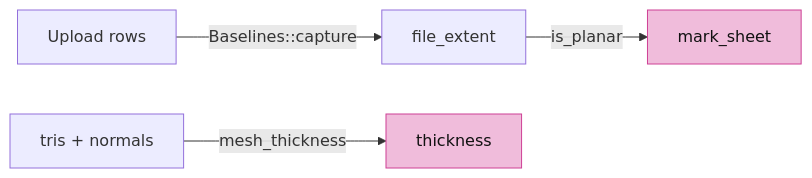
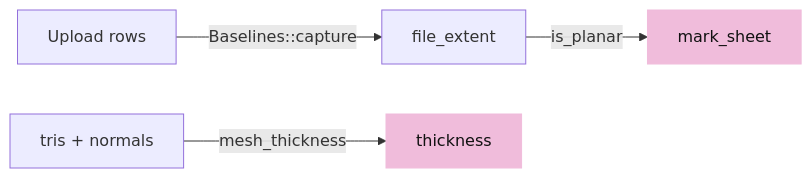
One commit to petrasvestartas/session changed the fifth of 14 diagrams in session_viewer/docs/06-cad-contract.md. Above: the diagram before and after it, drawn with Mermaid. The commit also changed other lines of this file and 324 other files, not shown here.

````diff
--- a/session_viewer/docs/06-cad-contract.md
+++ b/session_viewer/docs/06-cad-contract.md
@@ -97,8 +105,8 @@
 ```mermaid
 flowchart LR
     U["Upload rows"] -- "Baselines::capture" --> B["file_extent"]
     B -- "is_planar" --> S["mark_sheet"]
     T["tris + normals"] -- "mesh_thickness" --> K["thickness"]
-    style S fill:#f0bcdb,stroke:#ce4095,color:#111
-    style K fill:#f0bcdb,stroke:#ce4095,color:#111
+    style S fill:#f0bcdb,stroke:#f0bcdb,color:#111
+    style K fill:#f0bcdb,stroke:#f0bcdb,color:#111
 ```
````
